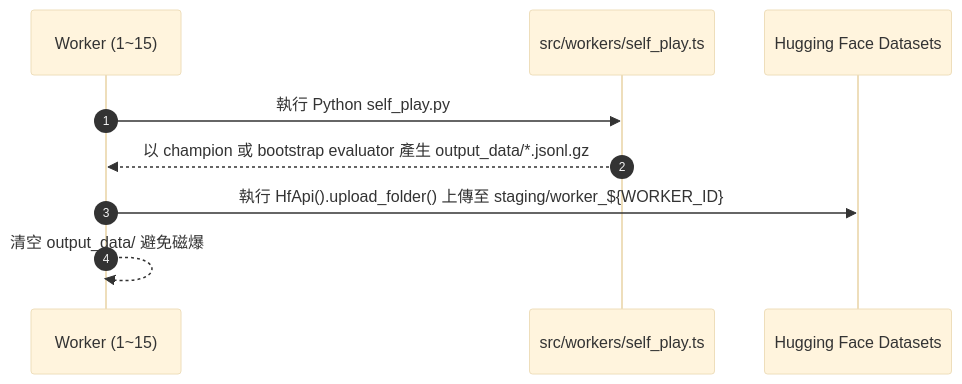
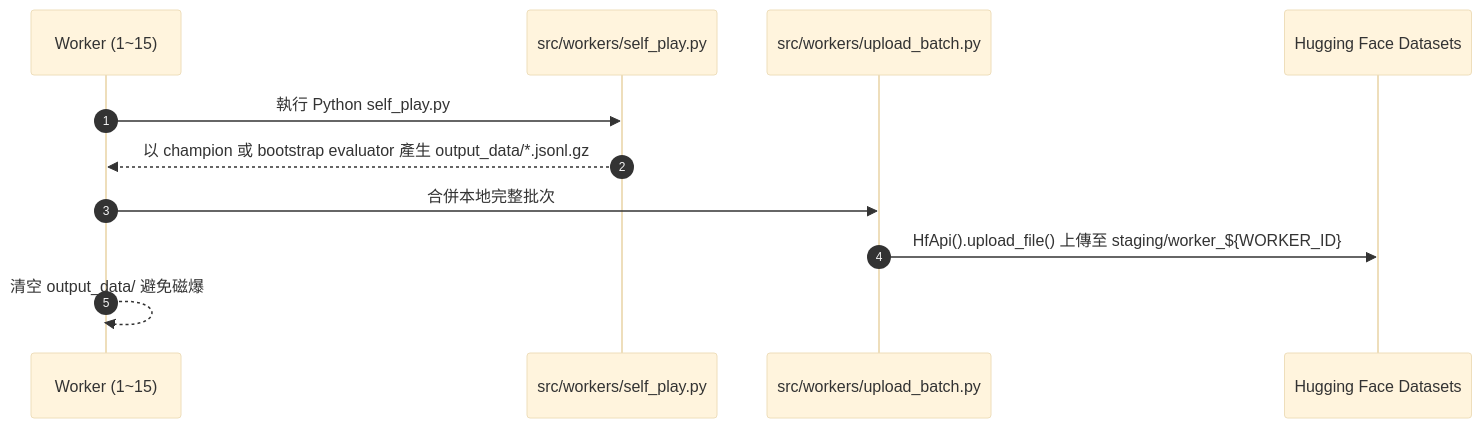
One commit to hub-google/DarkChess-NNUE changed the first of 2 diagrams in docs/requirements/07_GitHub_Actions_執行流程與腳本對照.md. Above: the diagram before and after it, drawn with Mermaid (base theme). The commit also changed other lines of this file and 6 other files, not shown here.

````diff
--- a/docs/requirements/07_GitHub_Actions_執行流程與腳本對照.md
+++ b/docs/requirements/07_GitHub_Actions_執行流程與腳本對照.md
@@ -26,12 +26,14 @@
 ```mermaid
 sequenceDiagram
     autonumber
     participant W as Worker (1~15)
-    participant TS as src/workers/self_play.ts
+    participant Py as src/workers/self_play.py
+    participant Upload as src/workers/upload_batch.py
     participant HF as Hugging Face Datasets
     
-    W->>TS: 執行 Python self_play.py
-    TS-->>W: 以 champion 或 bootstrap evaluator 產生 output_data/*.jsonl.gz
-    W->>HF: 執行 HfApi().upload_folder() 上傳至 staging/worker_${WORKER_ID}
+    W->>Py: 執行 Python self_play.py
+    Py-->>W: 以 champion 或 bootstrap evaluator 產生 output_data/*.jsonl.gz
+    W->>Upload: 合併本地完整批次
+    Upload->>HF: HfApi().upload_file() 上傳至 staging/worker_${WORKER_ID}
     W-->>W: 清空 output_data/ 避免磁爆
 ```
````
